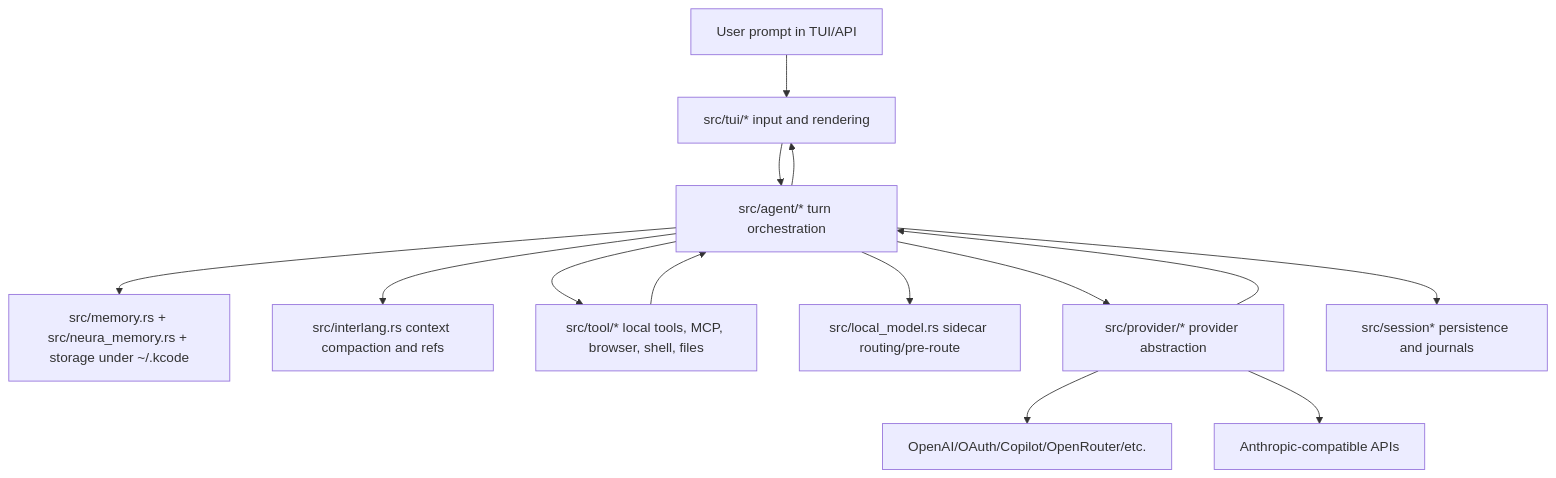
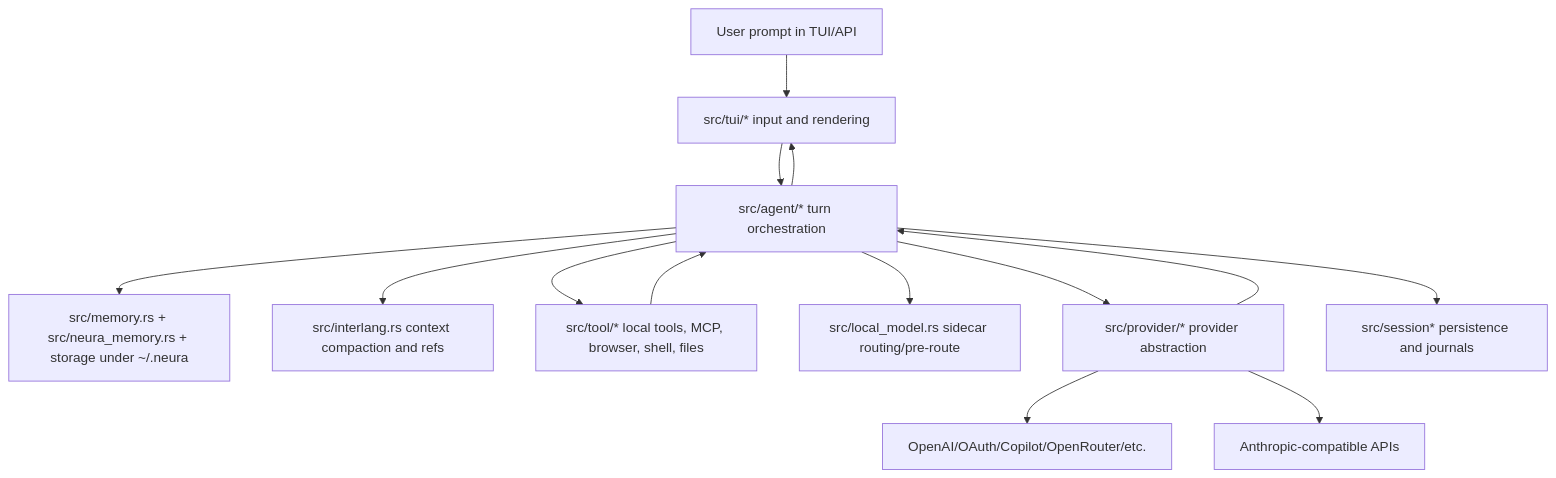
One commit to icedmoca/neura changed the first of 3 diagrams in docs/st.md. Above: the diagram before and after it, drawn with Mermaid. The commit also changed other lines of this file and 562 other files, not shown here.

Commit message:
Rename Kcode to Neura

````diff
--- a/docs/st.md
+++ b/docs/st.md
@@ -5,16 +5,16 @@
 ```mermaid
 flowchart TD
   U[User prompt in TUI/API] --> TUI[src/tui/* input and rendering]
   TUI --> AG[src/agent/* turn orchestration]
-  AG --> MEM[src/memory.rs + src/neura_memory.rs + storage under ~/.kcode]
+  AG --> MEM[src/memory.rs + src/neura_memory.rs + storage under ~/.neura]
   AG --> CTX[src/interlang.rs context compaction and refs]
   AG --> TOOLS[src/tool/* local tools, MCP, browser, shell, files]
   AG --> ROUTE[src/local_model.rs sidecar routing/pre-route]
   AG --> PROV[src/provider/* provider abstraction]
   PROV --> OA[OpenAI/OAuth/Copilot/OpenRouter/etc.]
   PROV --> AN[Anthropic-compatible APIs]
   TOOLS --> AG
   PROV --> AG
   AG --> SESS[src/session* persistence and journals]
   AG --> TUI
 ```
````
